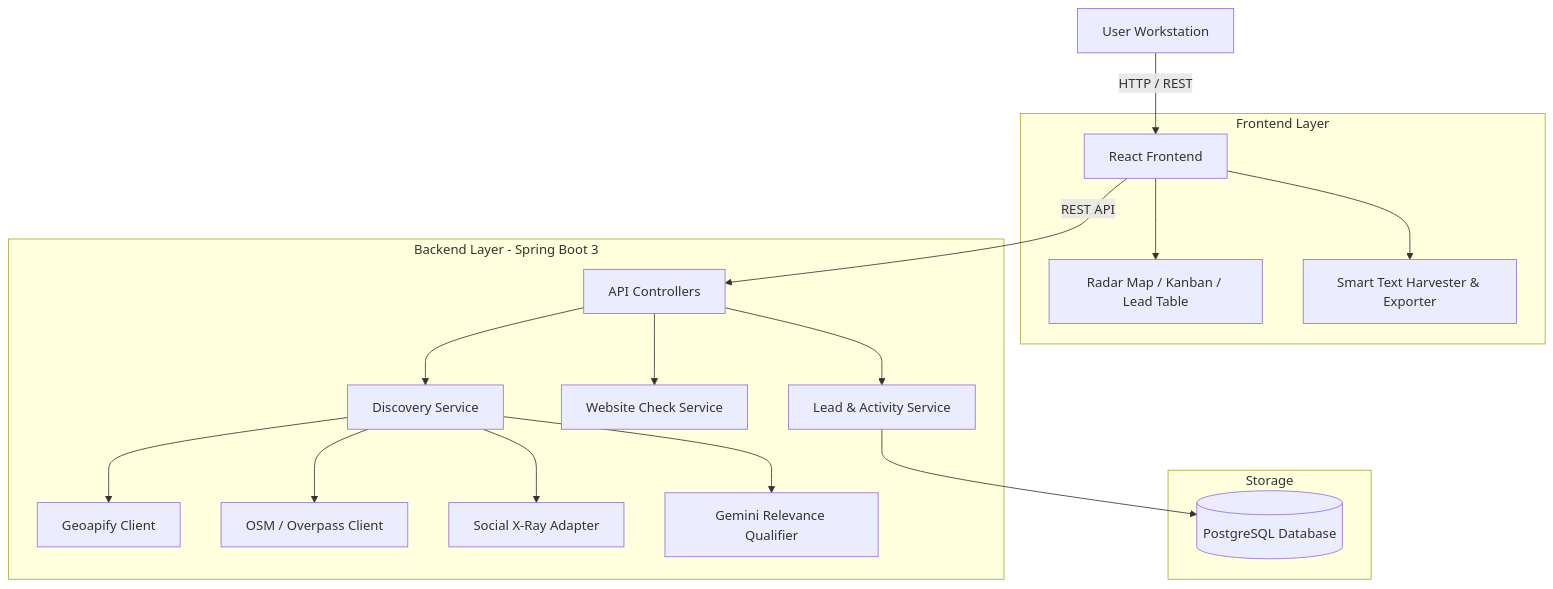
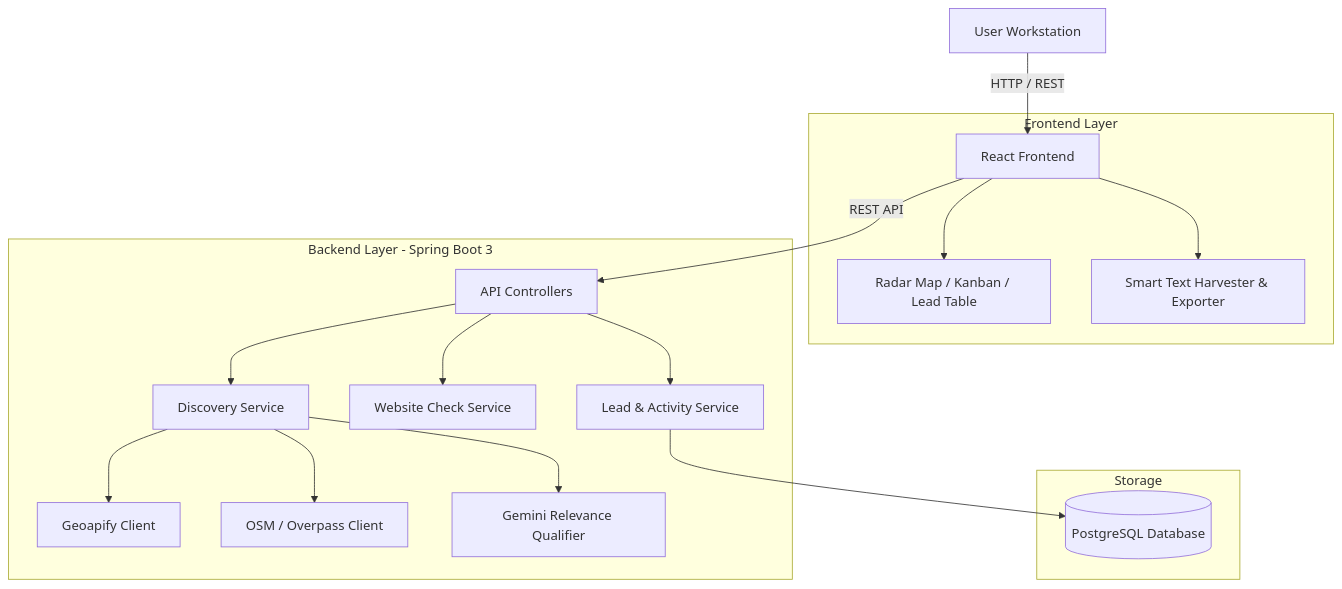
One commit to BhoominP/setuleads changed the diagram in README.md. Above: the diagram before and after it, drawn with Mermaid. The commit also changed other lines of this file and 26 other files, not shown here.

````diff
--- a/README.md
+++ b/README.md
@@ -353,25 +150,24 @@
 ```mermaid
 graph TD
     User[User Workstation] -->|HTTP / REST| FE[React Frontend]
 
     subgraph Frontend Layer
         FE --> Components[Radar Map / Kanban / Lead Table]
         FE --> Harvester[Smart Text Harvester & Exporter]
     end
 
     subgraph Backend Layer - Spring Boot 3
         FE -->|REST API| Controllers[API Controllers]
         Controllers --> DiscService[Discovery Service]
         Controllers --> AuditService[Website Check Service]
         Controllers --> LeadService[Lead & Activity Service]
 
         DiscService --> Geoapify[Geoapify Client]
         DiscService --> Osm[OSM / Overpass Client]
-        DiscService --> XRay[Social X-Ray Adapter]
         DiscService --> Gemini[Gemini Relevance Qualifier]
     end
 
     subgraph Storage
         LeadService --> DB[(PostgreSQL Database)]
     end
 ```
````
